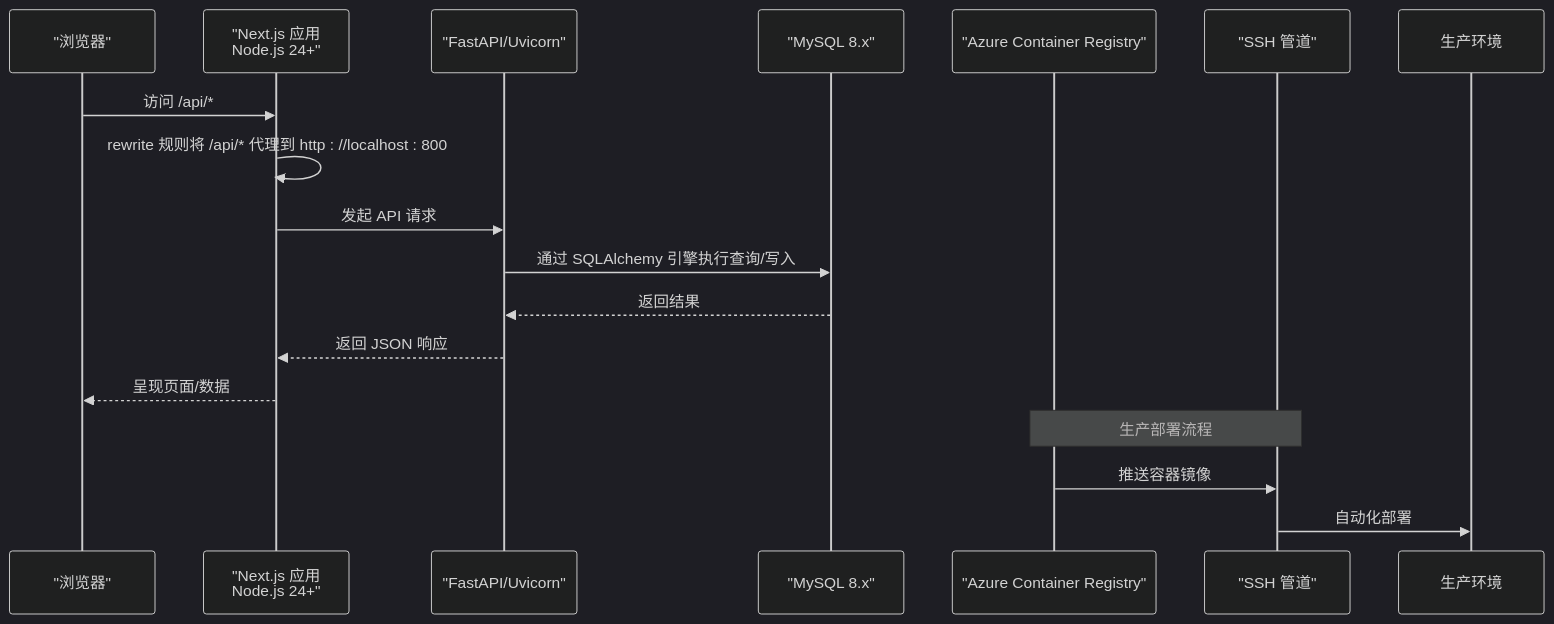
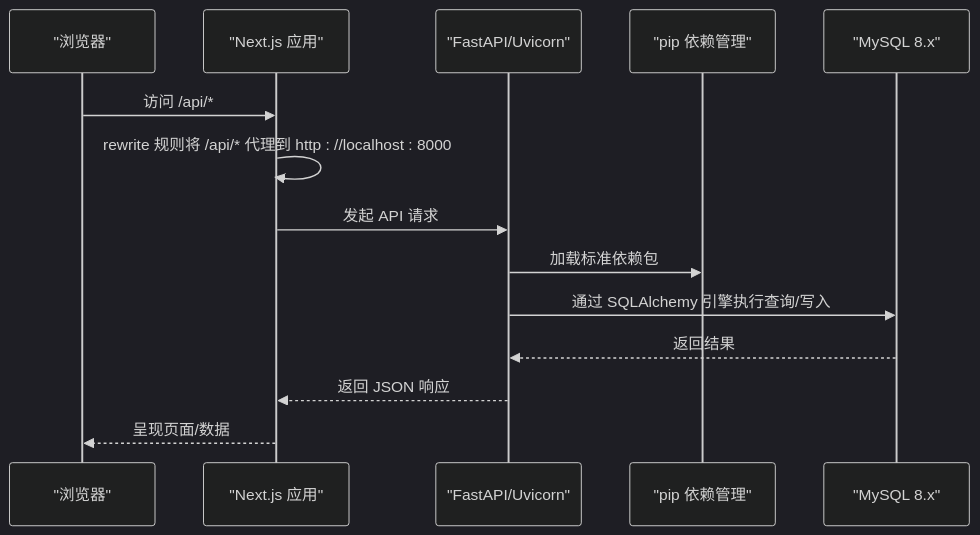
The second of 3 diagrams in .qoder/repowiki/zh/content/开发指南/环境搭建.md (gujialind/InvestRing), drawn with Mermaid (dark theme) before and after one commit. The commit also changed other lines of this file and 65 other files, not shown here.

````diff
--- a/.qoder/repowiki/zh/content/开发指南/环境搭建.md
+++ b/.qoder/repowiki/zh/content/开发指南/环境搭建.md
@@ -106,19 +114,16 @@
 ```mermaid
 sequenceDiagram
 participant Browser as "浏览器"
-participant Next as "Next.js 应用<br/>Node.js 24+"
+participant Next as "Next.js 应用"
 participant Uvicorn as "FastAPI/Uvicorn"
+participant Pip as "pip 依赖管理"
 participant DB as "MySQL 8.x"
-participant ACR as "Azure Container Registry"
-participant SSH as "SSH 管道"
 Browser->>Next : 访问 /api/*
-Next->>Next : rewrite 规则将 /api/* 代理到 http : //localhost : 800
+Next->>Next : rewrite 规则将 /api/* 代理到 http : //localhost : 8000
 Next->>Uvicorn : 发起 API 请求
+Uvicorn->>Pip : 加载标准依赖包
 Uvicorn->>DB : 通过 SQLAlchemy 引擎执行查询/写入
 DB-->>Uvicorn : 返回结果
 Uvicorn-->>Next : 返回 JSON 响应
 Next-->>Browser : 呈现页面/数据
-Note over ACR,SSH : 生产部署流程
-ACR->>SSH : 推送容器镜像
-SSH->>生产环境 : 自动化部署
 ```
````
